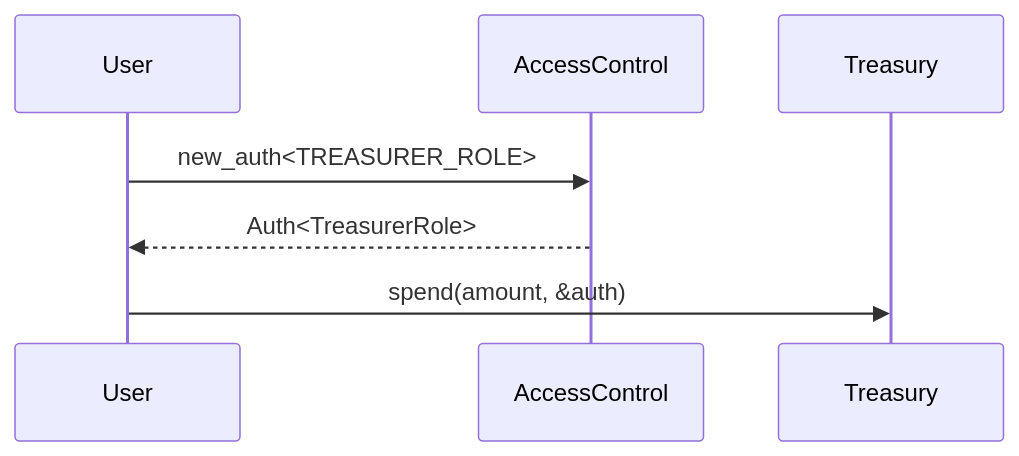
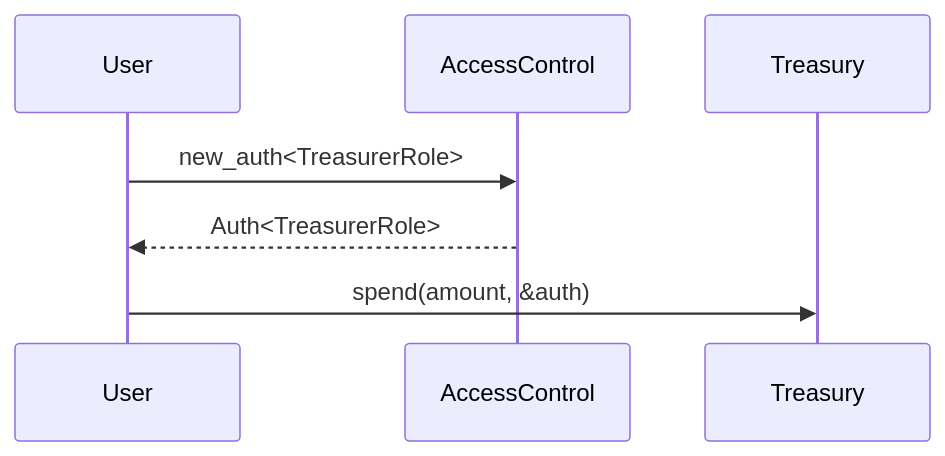
Before and after one commit to OpenZeppelin/docs: the third of 7 diagrams in content/contracts-sui/1.x/guides/access-control.mdx, drawn with Mermaid. The commit also changed other lines of this file and 2 other files, not shown here.

````diff
--- a/content/contracts-sui/1.x/guides/access-control.mdx
+++ b/content/contracts-sui/1.x/guides/access-control.mdx
@@ -224,9 +276,9 @@
 ```mermaid
 sequenceDiagram
     participant User
     participant Registry as AccessControl
     participant Treasury
-    User->>Registry: new_auth<TREASURER_ROLE>
+    User->>Registry: new_auth<TreasurerRole>
     Registry-->>User: Auth<TreasurerRole>
     User->>Treasury: spend(amount, &auth)
 ```
````
